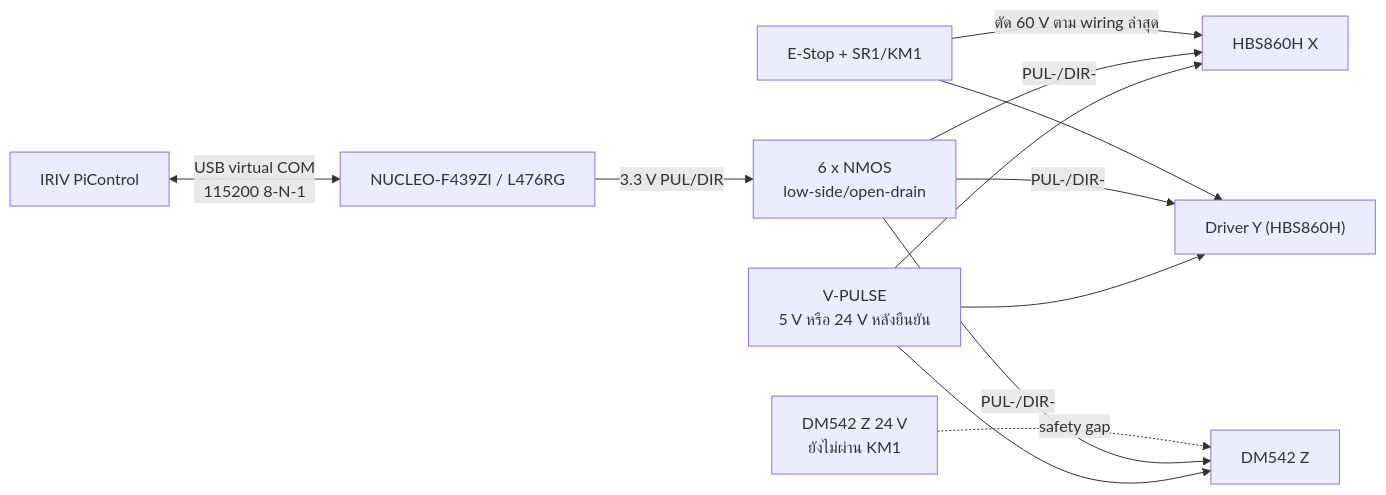
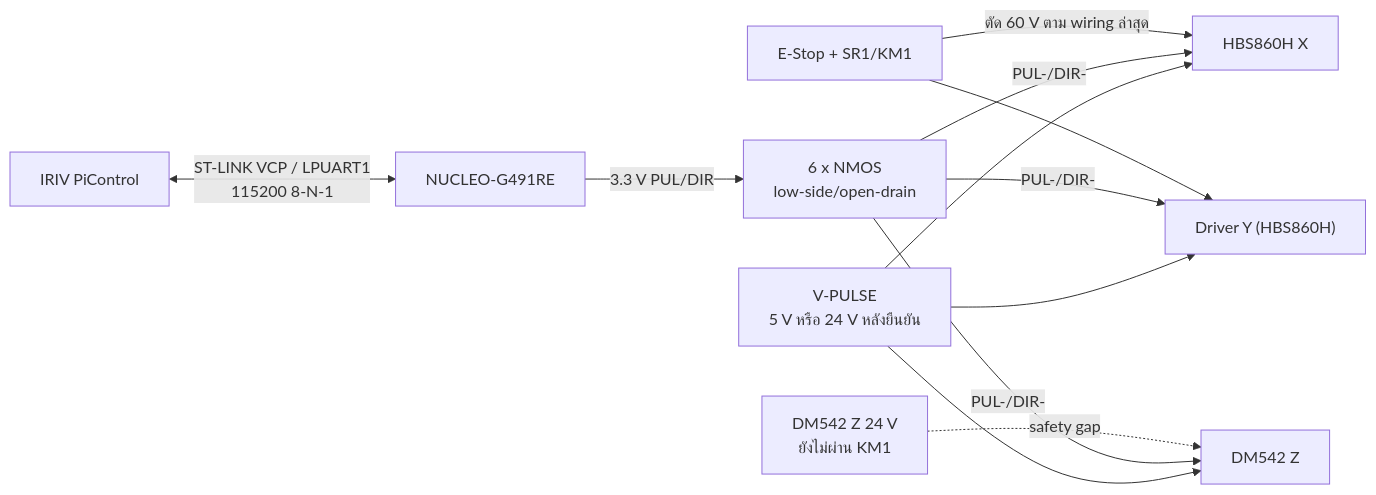
The diagram in docs/STM32_NMOS_CURRENT_WIRING_TH.md (prongnaruebest/NaritVendingMachine), drawn with Mermaid before and after one commit. The commit also changed other lines of this file and 116 other files, not shown here.

Commit message:
firmware: port motion control to NUCLEO-G491RE

````diff
--- a/docs/STM32_NMOS_CURRENT_WIRING_TH.md
+++ b/docs/STM32_NMOS_CURRENT_WIRING_TH.md
@@ -19,14 +19,14 @@
 ```mermaid
 flowchart LR
-    PI["IRIV PiControl"] <-->|"USB virtual COM\n115200 8-N-1"| ST["NUCLEO-F439ZI / L476RG"]
+    PI["IRIV PiControl"] <-->|"ST-LINK VCP / LPUART1\n115200 8-N-1"| ST["NUCLEO-G491RE"]
     ST -->|"3.3 V PUL/DIR"| Q["6 x NMOS\nlow-side/open-drain"]
     V["V-PULSE\n5 V หรือ 24 V หลังยืนยัน"] --> DX["HBS860H X"]
     V --> DY["Driver Y (HBS860H)"]
     V --> DZ["DM542 Z"]
     Q -->|"PUL-/DIR-"| DX
     Q -->|"PUL-/DIR-"| DY
     Q -->|"PUL-/DIR-"| DZ
     SAFE["E-Stop + SR1/KM1"] -->|"ตัด 60 V ตาม wiring ล่าสุด"| DX
     SAFE --> DY
     GAP["DM542 Z 24 V\nยังไม่ผ่าน KM1"] -. "safety gap" .-> DZ
 ```
````
